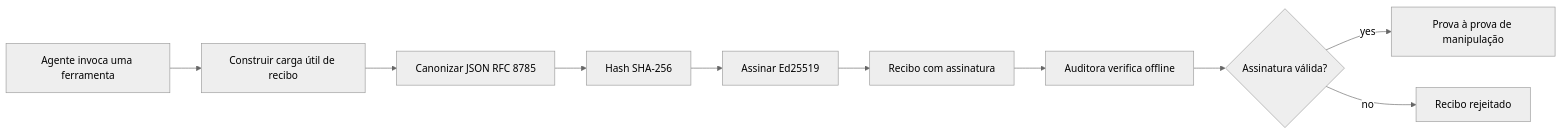
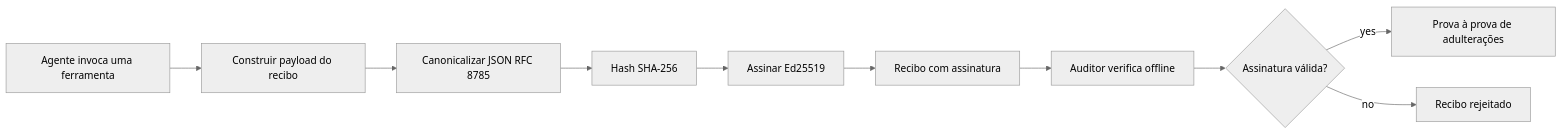
The first of 2 diagrams in mirrors/repos/microsoft@ai-agents-for-beginners/translations/pt-PT/18-securing-ai-agents/README.md (gabrielmoreira/agent-skills-mirror), drawn with Mermaid (neutral theme) before and after one commit. The commit also changed other lines of this file and 8886 other files, not shown here.

````diff
--- a/mirrors/repos/microsoft@ai-agents-for-beginners/translations/pt-PT/18-securing-ai-agents/README.md
+++ b/mirrors/repos/microsoft@ai-agents-for-beginners/translations/pt-PT/18-securing-ai-agents/README.md
@@ -51,12 +51,12 @@
 ```mermaid
 flowchart LR
-    A[Agente invoca uma ferramenta] --> B[Construir carga útil de recibo]
-    B --> C[Canonizar JSON RFC 8785]
+    A[Agente invoca uma ferramenta] --> B[Construir payload do recibo]
+    B --> C[Canonicalizar JSON RFC 8785]
     C --> D[Hash SHA-256]
     D --> E[Assinar Ed25519]
     E --> F[Recibo com assinatura]
-    F --> G[Auditora verifica offline]
+    F --> G[Auditor verifica offline]
     G --> H{Assinatura válida?}
-    H -- yes --> I[Prova à prova de manipulação]
+    H -- yes --> I[Prova à prova de adulterações]
     H -- no --> J[Recibo rejeitado]
 ```
````
